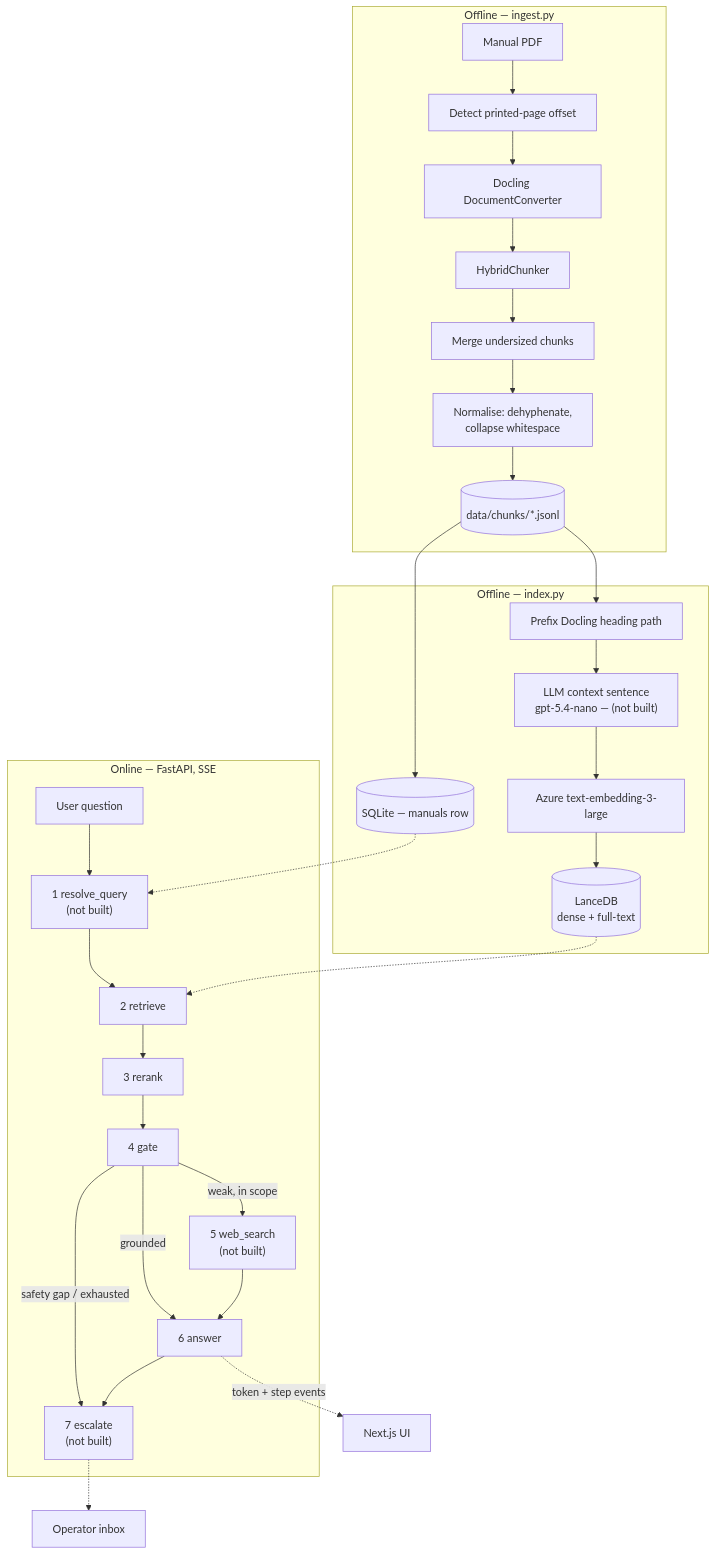
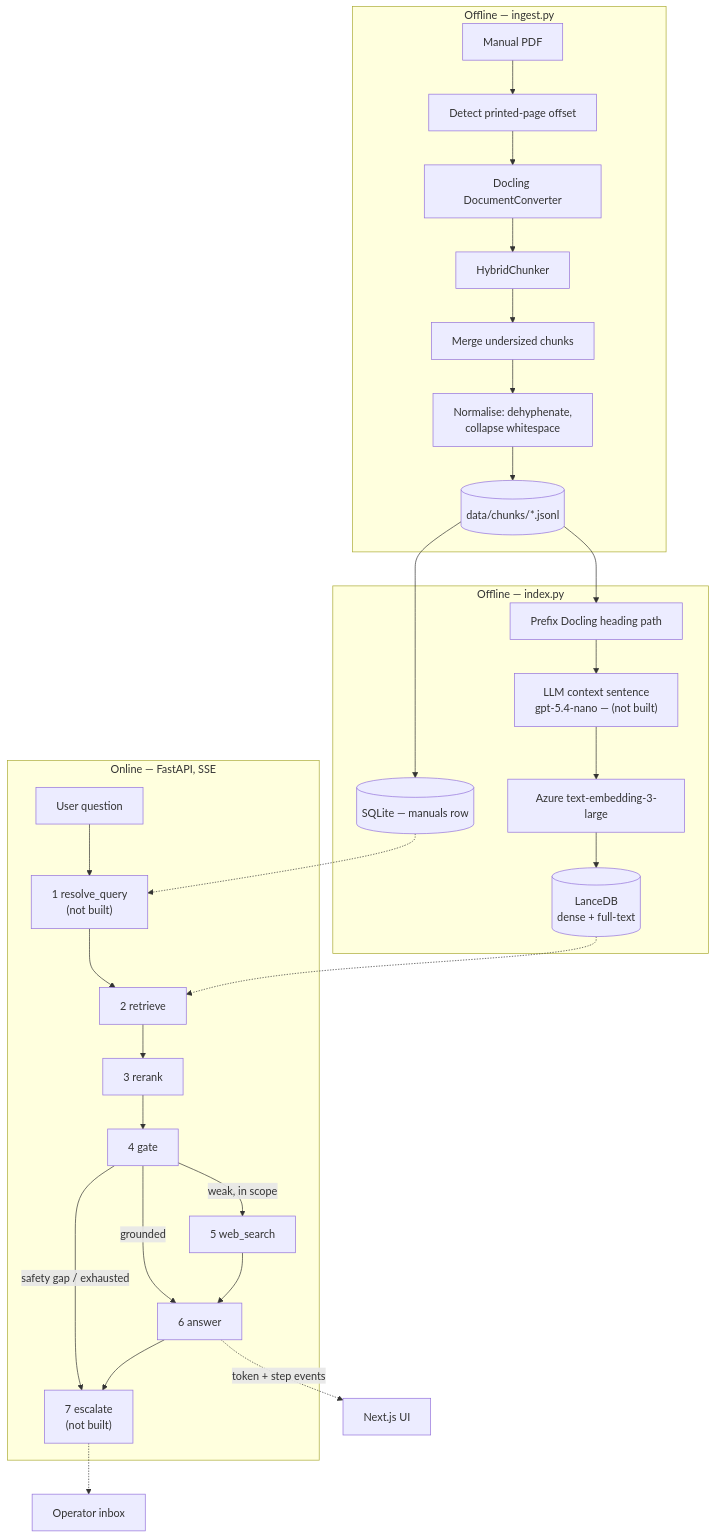
The diagram in docs/architecture.md (NilupulNishan/large-document-processing-demo), drawn with Mermaid before and after one commit. The commit also changed other lines of this file and 15 other files, not shown here.

First line of the commit message:
feat: search the web when the manual does not cover the question

````diff
--- a/docs/architecture.md
+++ b/docs/architecture.md
@@ -18,36 +18,36 @@
 ```mermaid
 flowchart TB
     subgraph ingest["Offline — ingest.py"]
         pdf[Manual PDF] --> offset["Detect printed-page offset"]
         offset --> docling[Docling DocumentConverter]
         docling --> chunk[HybridChunker]
         chunk --> merge["Merge undersized chunks"]
         merge --> norm["Normalise: dehyphenate,<br/>collapse whitespace"]
         norm --> jsonl[("data/chunks/*.jsonl")]
     end
 
     subgraph index["Offline — index.py"]
         jsonl --> head["Prefix Docling heading path"]
         head --> ctx["LLM context sentence<br/>gpt-5.4-nano — (not built)"]
         ctx --> embed[Azure text-embedding-3-large]
         embed --> lance[(LanceDB<br/>dense + full-text)]
         jsonl --> sqlite[("SQLite — manuals row")]
     end
 
     subgraph online["Online — FastAPI, SSE"]
         q[User question] --> resolve["1 resolve_query<br/>(not built)"]
         resolve --> retrieve["2 retrieve"]
         retrieve --> rerank["3 rerank"]
         rerank --> gate["4 gate"]
-        gate -->|weak, in scope| web["5 web_search<br/>(not built)"]
+        gate -->|weak, in scope| web["5 web_search"]
         gate -->|grounded| answer["6 answer"]
         web --> answer
         gate -->|safety gap / exhausted| esc["7 escalate<br/>(not built)"]
         answer --> esc
     end
 
     lance -.-> retrieve
     sqlite -.-> resolve
     answer -.->|token + step events| ui[Next.js UI]
     esc -.-> inbox[Operator inbox]
 ```
````
